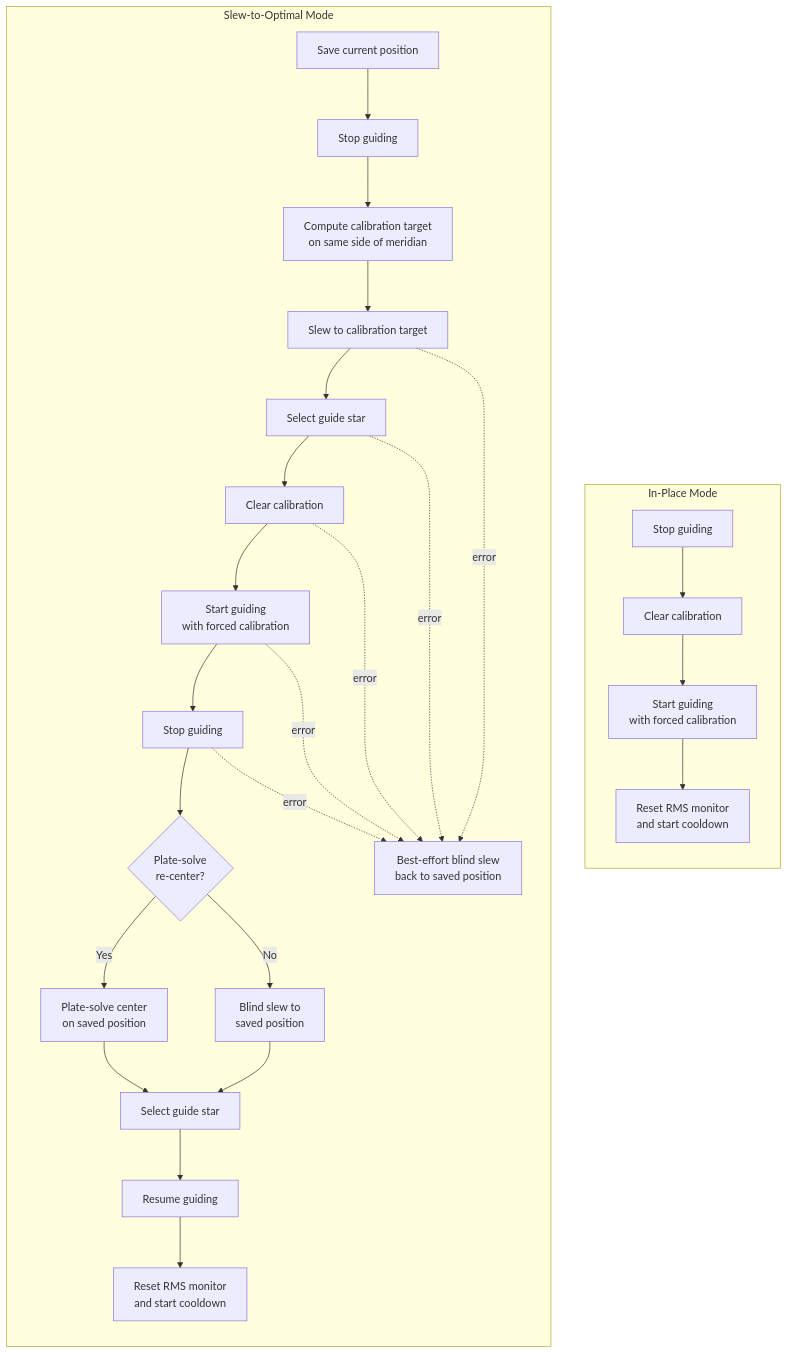
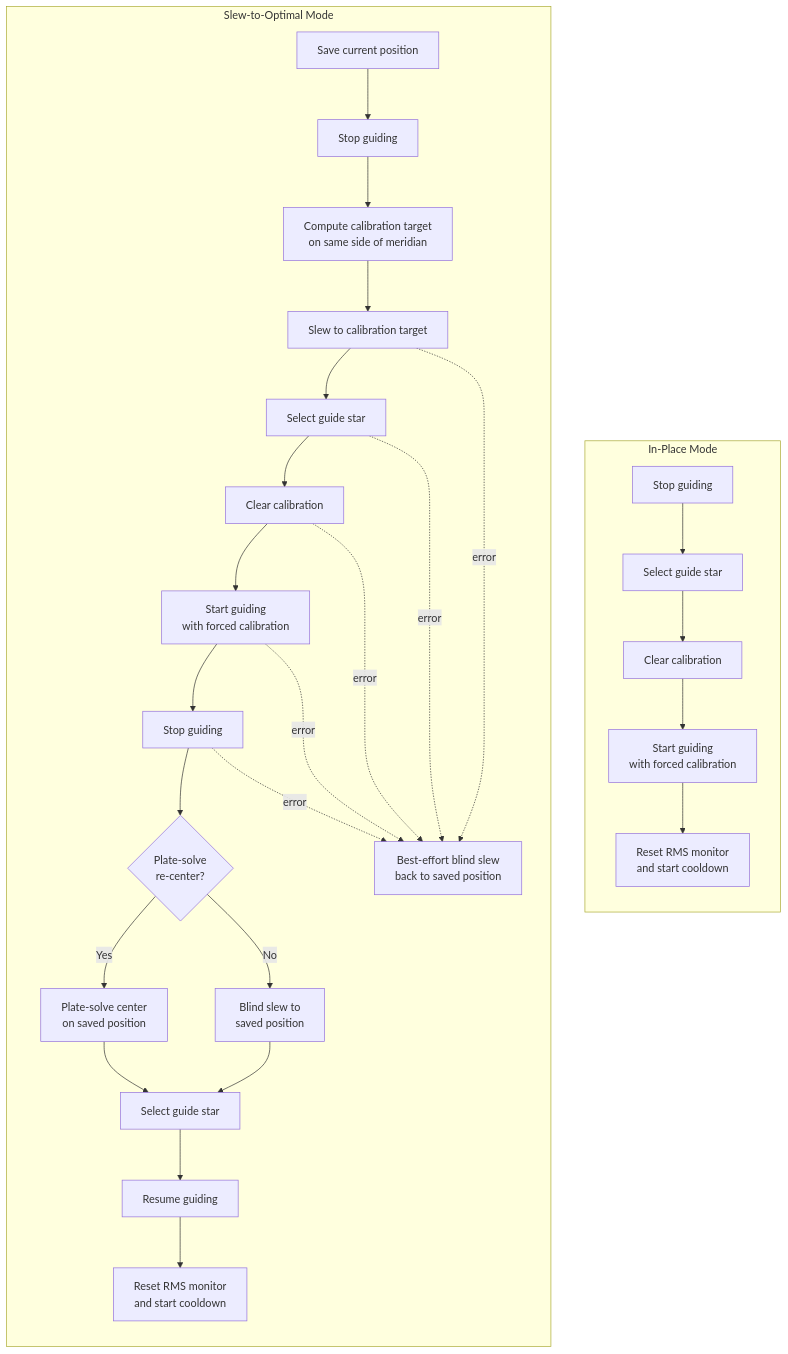
Before and after one commit to macourteau/nina-plugins: the second of 2 diagrams in Triggers/README.md, drawn with Mermaid. The commit also changed 2 other files, not shown here.

Commit message:
fix: Select guide star before in-place recalibration
The in-place calibration path was not calling AutoSelectGuideStar
before recalibrating, unlike the slew-to-optimal path. Without
this, PHD2 may attempt calibration with a suboptimal or stale
guide star selection.

````diff
--- a/Triggers/README.md
+++ b/Triggers/README.md
@@ -42,33 +42,34 @@
 ```mermaid
 flowchart TD
     subgraph inplace["In-Place Mode"]
         direction TB
-        IP1[Stop guiding] --> IP2[Clear calibration]
+        IP1[Stop guiding] --> IP1b[Select guide star]
+        IP1b --> IP2[Clear calibration]
         IP2 --> IP3[Start guiding<br/>with forced calibration]
         IP3 --> IP4[Reset RMS monitor<br/>and start cooldown]
     end
 
     subgraph slew["Slew-to-Optimal Mode"]
         direction TB
         S1[Save current position] --> S2[Stop guiding]
         S2 --> S3[Compute calibration target<br/>on same side of meridian]
         S3 --> S4[Slew to calibration target]
         S4 --> S5[Select guide star]
         S5 --> S6[Clear calibration]
         S6 --> S7[Start guiding<br/>with forced calibration]
         S7 --> S8[Stop guiding]
         S8 --> S9{Plate-solve<br/>re-center?}
         S9 -- Yes --> S10[Plate-solve center<br/>on saved position]
         S9 -- No --> S11[Blind slew to<br/>saved position]
         S10 --> S12[Select guide star]
         S11 --> S12
         S12 --> S13[Resume guiding]
         S13 --> S14[Reset RMS monitor<br/>and start cooldown]
 
         S4 -. error .-> SE[Best-effort blind slew<br/>back to saved position]
         S5 -. error .-> SE
         S6 -. error .-> SE
         S7 -. error .-> SE
         S8 -. error .-> SE
     end
 ```
````
